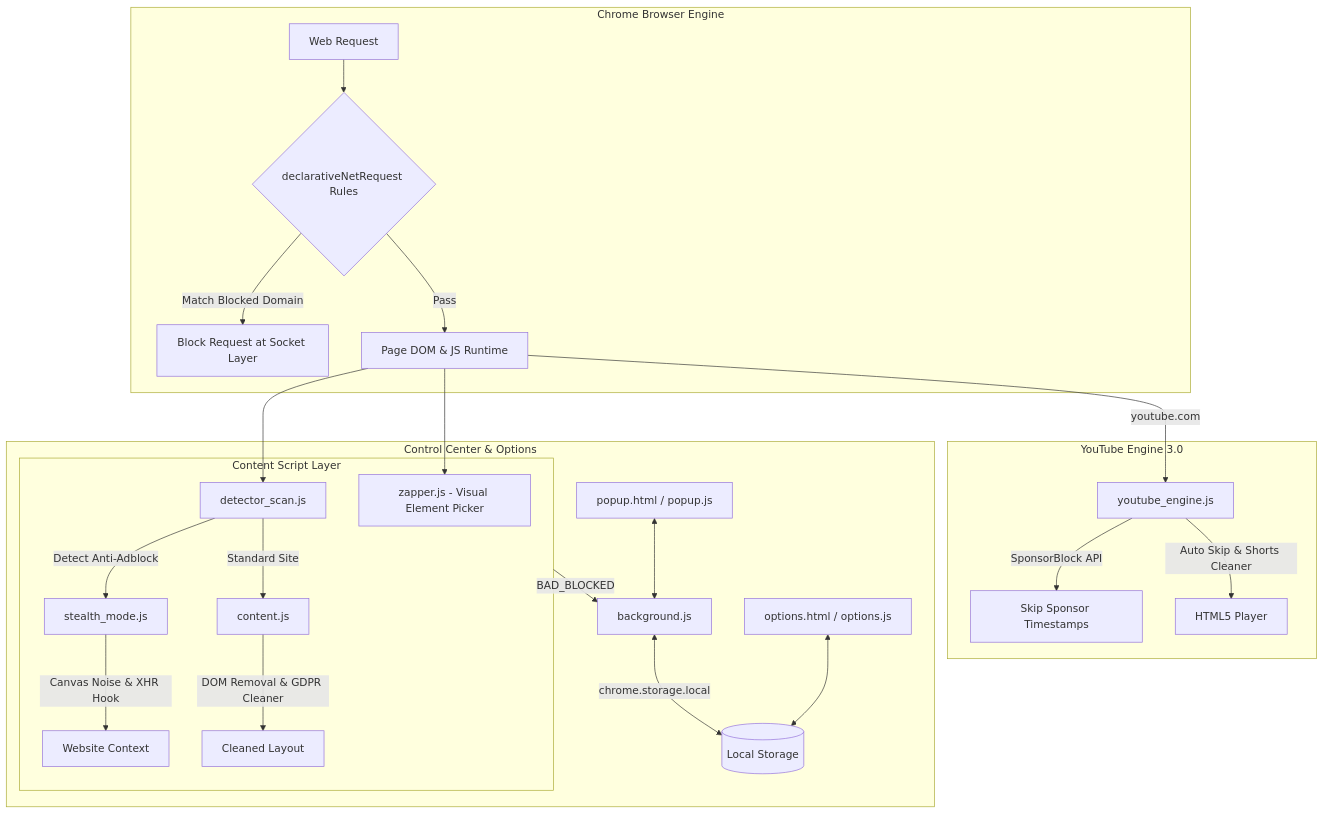
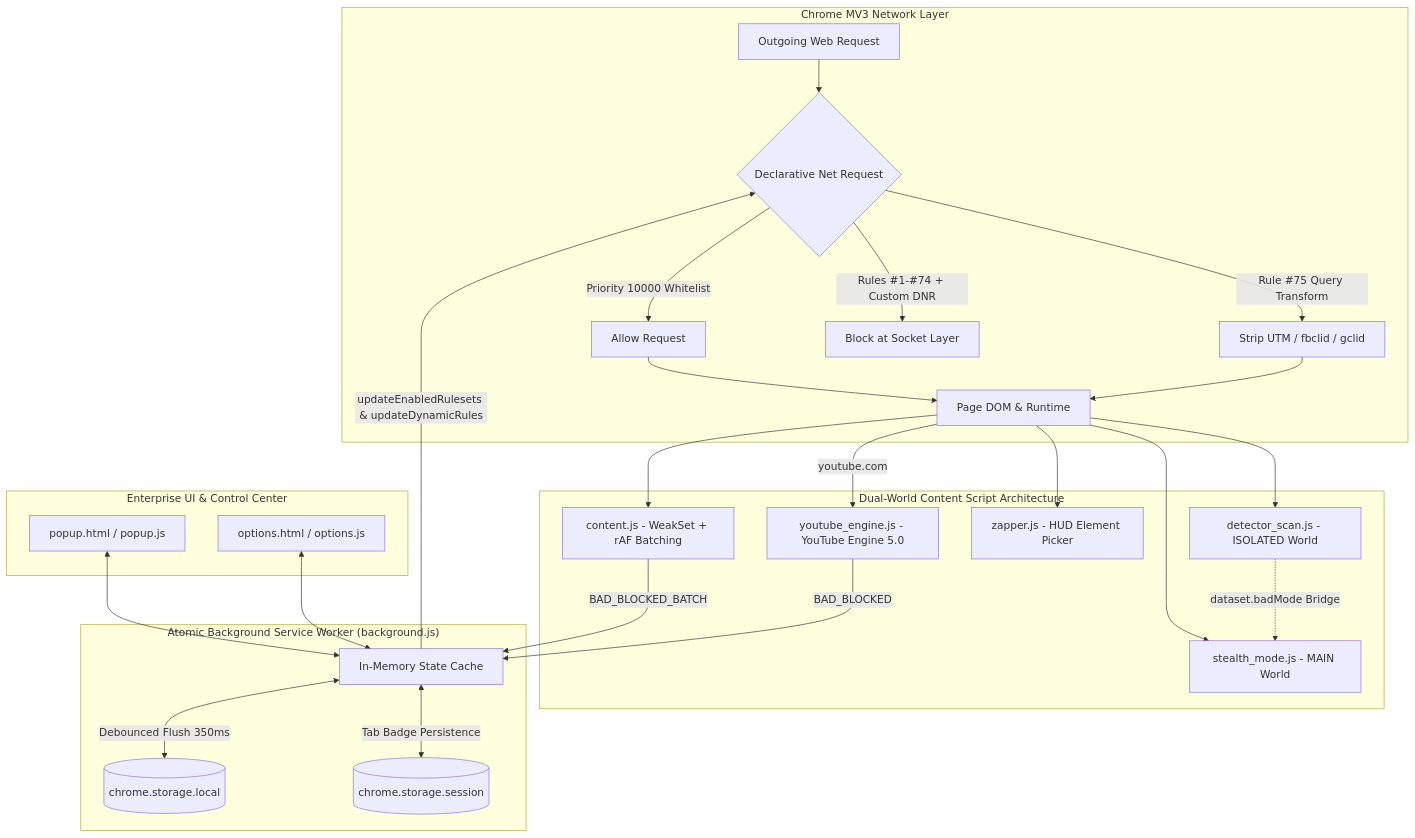
Before and after one commit to assishmoncs/b-AD: the diagram in README.md, drawn with Mermaid. The commit also changed other lines of this file and 15 other files, not shown here.

````diff
--- a/README.md
+++ b/README.md
@@ -27,31 +43,33 @@
 ```mermaid
 flowchart TD
-    subgraph Browser ["Chrome Browser Engine"]
-        Req[Web Request] --> DNR{declarativeNetRequest Rules}
-        DNR -->|Match Blocked Domain| Drop[Block Request at Socket Layer]
-        DNR -->|Pass| DOM[Page DOM & JS Runtime]
+    subgraph Browser ["Chrome MV3 Network Layer"]
+        Req[Outgoing Web Request] --> DNR{Declarative Net Request}
+        DNR -->|Priority 10000 Whitelist| Allow[Allow Request]
+        DNR -->|Rule #75 Query Transform| Strip[Strip UTM / fbclid / gclid]
+        DNR -->|Rules #1-#74 + Custom DNR| Drop[Block at Socket Layer]
+        Allow --> DOM[Page DOM & Runtime]
+        Strip --> DOM
     end
 
-    subgraph ContentScripts ["Content Script Layer"]
-        DOM --> Scan[detector_scan.js]
-        DOM --> Zapper[zapper.js - Visual Element Picker]
-        Scan -->|Detect Anti-Adblock| Stealth[stealth_mode.js]
-        Scan -->|Standard Site| Normal[content.js]
-
-        Stealth -->|Canvas Noise & XHR Hook| PageRuntime[Website Context]
-        Normal -->|DOM Removal & GDPR Cleaner| PageDOM[Cleaned Layout]
+    subgraph ContentLayer ["Dual-World Content Script Architecture"]
+        DOM --> Scan[detector_scan.js - ISOLATED World]
+        DOM --> Stealth[stealth_mode.js - MAIN World]
+        Scan -.->|dataset.badMode Bridge| Stealth
+        DOM --> Cosmetic[content.js - WeakSet + rAF Batching]
+        DOM --> Zapper[zapper.js - HUD Element Picker]
+        DOM -->|youtube.com| YT[youtube_engine.js - YouTube Engine 5.0]
     end
 
-    subgraph YouTubeEngine ["YouTube Engine 3.0"]
-        DOM -->|youtube.com| YTEngine[youtube_engine.js]
-        YTEngine -->|SponsorBlock API| SponsorSegments[Skip Sponsor Timestamps]
-        YTEngine -->|Auto Skip & Shorts Cleaner| YTPlayer[HTML5 Player]
+    subgraph ServiceWorker ["Atomic Background Service Worker (background.js)"]
+        Cosmetic -->|BAD_BLOCKED_BATCH| SW[In-Memory State Cache]
+        YT -->|BAD_BLOCKED| SW
+        SW <-->|Debounced Flush 350ms| Local[(chrome.storage.local)]
+        SW <-->|Tab Badge Persistence| Session[(chrome.storage.session)]
+        SW -->|updateEnabledRulesets & updateDynamicRules| DNR
     end
 
-    subgraph Dashboard ["Control Center & Options"]
-        ContentScripts -->|BAD_BLOCKED| ServiceWorker[background.js]
-        ServiceWorker <-->|chrome.storage.local| Storage[(Local Storage)]
-        Popup[popup.html / popup.js] <--> ServiceWorker
-        Options[options.html / options.js] <--> Storage
+    subgraph EnterpriseUI ["Enterprise UI & Control Center"]
+        Popup[popup.html / popup.js] <--> SW
+        Options[options.html / options.js] <--> SW
     end
 ```
````
